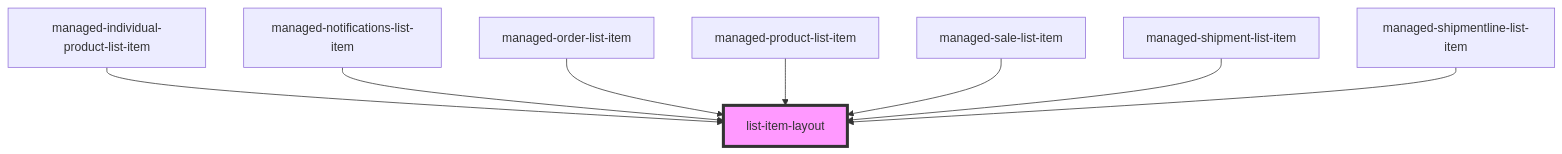
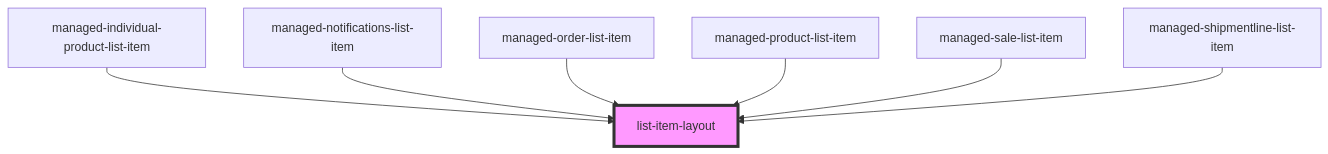
One commit to PharmaLedger-IMI/fgt-workspace changed the diagram in pdm-web-components/src/components/list-item-layout/readme.md. Above: the diagram before and after it, drawn with Mermaid. The commit also changed other lines of this file and 3 other files, not shown here.

Commit message:
refs #51 managed shipment list item now implements new layout

````diff
--- a/pdm-web-components/src/components/list-item-layout/readme.md
+++ b/pdm-web-components/src/components/list-item-layout/readme.md
@@ -32,11 +31,10 @@
 ```mermaid
 graph TD;
   managed-individual-product-list-item --> list-item-layout
   managed-notifications-list-item --> list-item-layout
   managed-order-list-item --> list-item-layout
   managed-product-list-item --> list-item-layout
   managed-sale-list-item --> list-item-layout
-  managed-shipment-list-item --> list-item-layout
   managed-shipmentline-list-item --> list-item-layout
   style list-item-layout fill:#f9f,stroke:#333,stroke-width:4px
 ```
````
